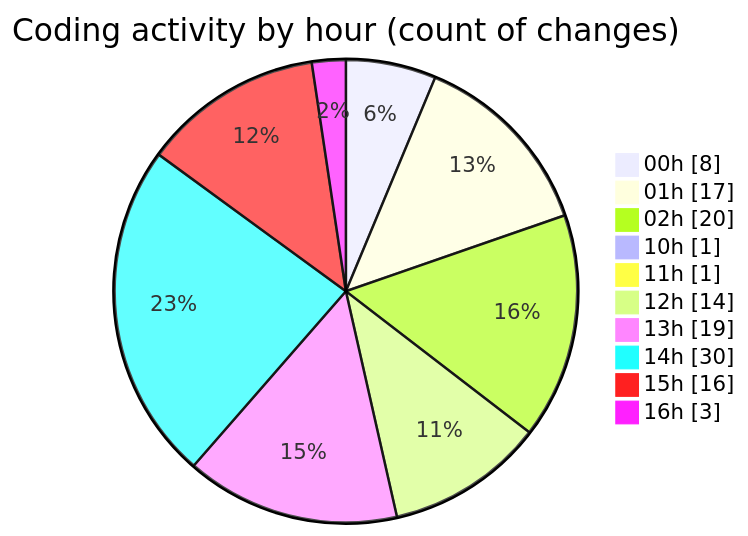
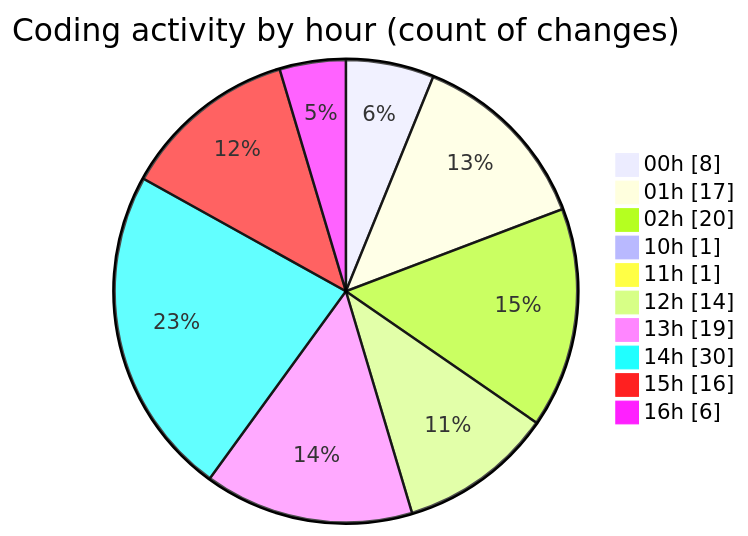
The second of 2 diagrams in 2025-05-02/niten/README.md (Elitesun/code-tracking), drawn with Mermaid before and after one commit. The commit also changed other lines of this file and 1 other file, not shown here.

````diff
--- a/2025-05-02/niten/README.md
+++ b/2025-05-02/niten/README.md
@@ -66,14 +67,14 @@
 ```mermaid
 pie showData
 title Coding activity by hour (count of changes)
 "00h" : 8
 "01h" : 17
 "02h" : 20
 "10h" : 1
 "11h" : 1
 "12h" : 14
 "13h" : 19
 "14h" : 30
 "15h" : 16
-"16h" : 3
+"16h" : 6
 ```
````
